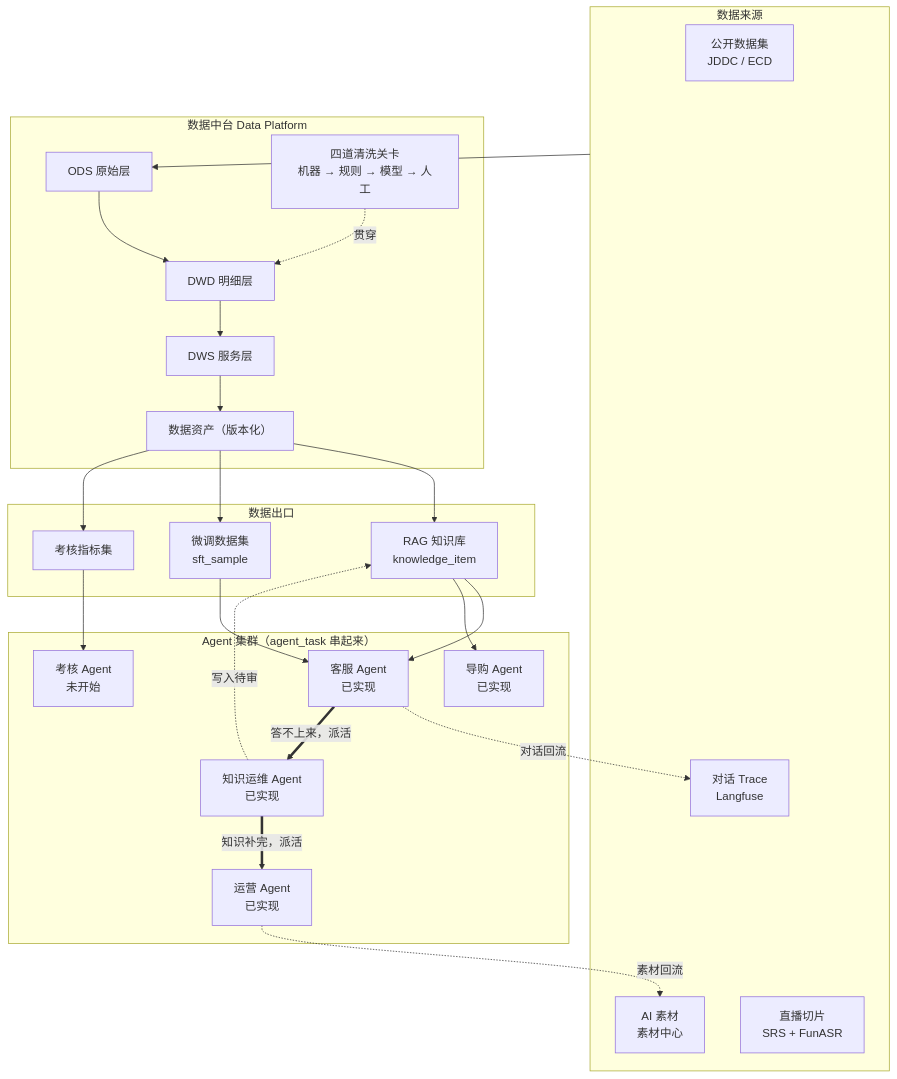
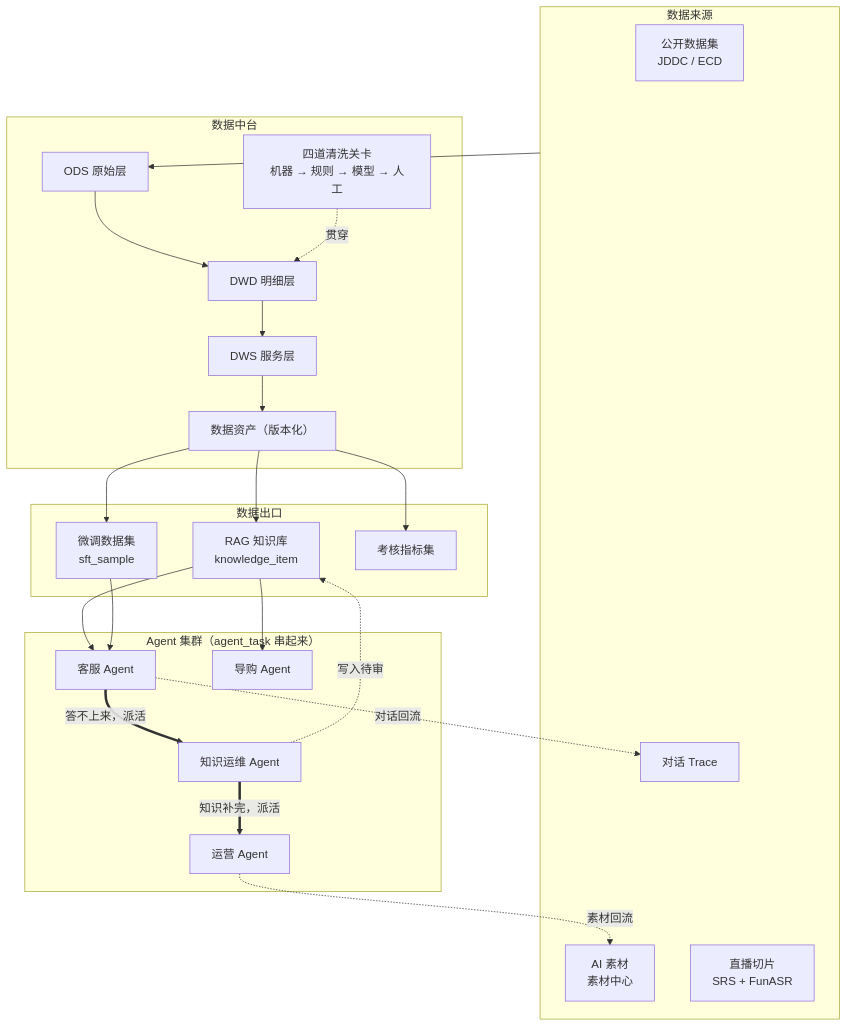
Before and after one commit to Cqusts/smartMall: the diagram in README.md, drawn with Mermaid. The commit also changed other lines of this file and 3 other files, not shown here.

````diff
--- a/README.md
+++ b/README.md
@@ -25,46 +79,44 @@
 ```mermaid
 flowchart TB
     subgraph SRC["数据来源"]
         D1["公开数据集<br/>JDDC / ECD"]
-        D2["对话 Trace<br/>Langfuse"]
+        D2["对话 Trace"]
         D3["AI 素材<br/>素材中心"]
         D4["直播切片<br/>SRS + FunASR"]
     end
 
-    subgraph DP["数据中台 Data Platform"]
+    subgraph DP["数据中台"]
         ODS["ODS 原始层"] --> DWD["DWD 明细层"]
         DWD --> DWS["DWS 服务层"]
         DWS --> DA["数据资产（版本化）"]
         CLEAN["四道清洗关卡<br/>机器 → 规则 → 模型 → 人工"]
     end
 
     subgraph OUT["数据出口"]
         KB["RAG 知识库<br/>knowledge_item"]
         SFT["微调数据集<br/>sft_sample"]
         KPI["考核指标集"]
     end
 
     subgraph AG["Agent 集群（agent_task 串起来）"]
-        A1["客服 Agent<br/>已实现"]
-        A2["导购 Agent<br/>已实现"]
-        A3["知识运维 Agent<br/>已实现"]
-        A4["运营 Agent<br/>已实现"]
-        A5["考核 Agent<br/>未开始"]
+        A1["客服 Agent"]
+        A2["导购 Agent"]
+        A3["知识运维 Agent"]
+        A4["运营 Agent"]
     end
 
     SRC --> ODS
     CLEAN -.贯穿.-> DWD
     DA --> KB
     DA --> SFT
     DA --> KPI
     KB --> A1
     KB --> A2
     SFT --> A1
-    KPI --> A5
     A1 -.对话回流.-> D2
     A4 -.素材回流.-> D3
 
     A1 ==>|"答不上来，派活"| A3
     A3 ==>|"知识补完，派活"| A4
     A3 -.写入待审.-> KB
 ```
````
